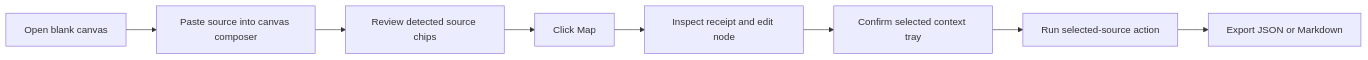
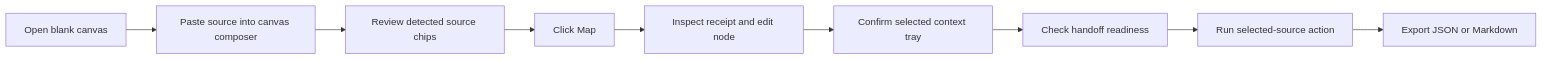
One commit to frankxai/starlight-agent-canvas changed the first of 2 diagrams in docs/user-flows.md. Above: the diagram before and after it, drawn with Mermaid. The commit also changed other lines of this file and 9 other files, not shown here.

Commit message:
feat: show handoff readiness in workspace

````diff
--- a/docs/user-flows.md
+++ b/docs/user-flows.md
@@ -5,10 +5,11 @@
 ```mermaid
 flowchart LR
   open["Open blank canvas"] --> paste["Paste source into canvas composer"]
   paste --> preview["Review detected source chips"]
   preview --> map["Click Map"]
   map --> inspect["Inspect receipt and edit node"]
   inspect --> scope["Confirm selected context tray"]
-  scope --> action["Run selected-source action"]
+  scope --> ready["Check handoff readiness"]
+  ready --> action["Run selected-source action"]
   action --> export["Export JSON or Markdown"]
 ```
````
